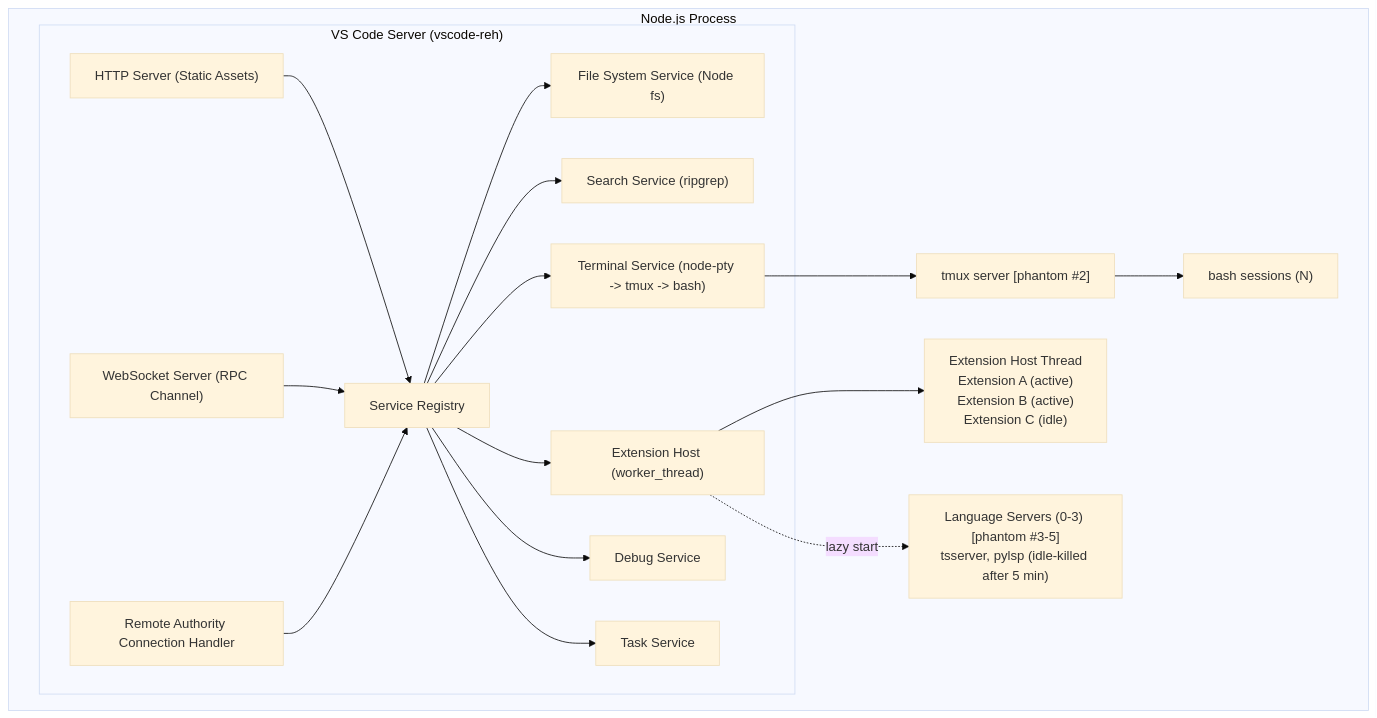
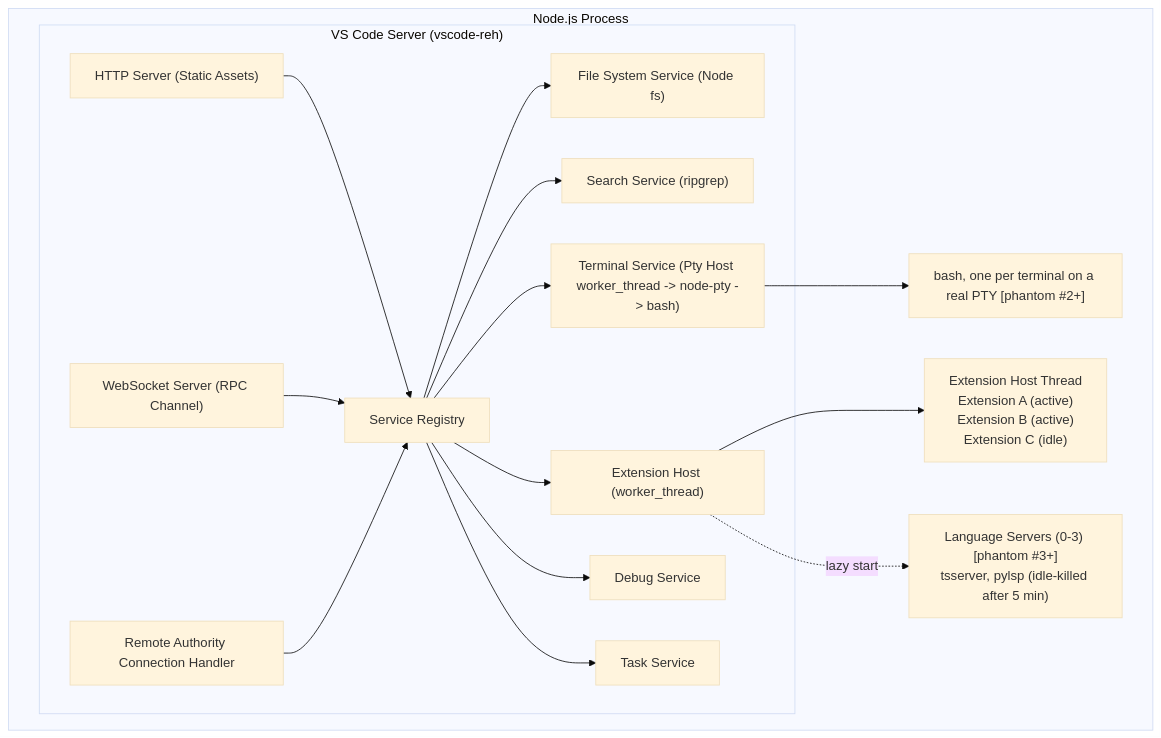
Before and after one commit to cuixinyuan666/vscodroid: the fourth of 12 diagrams in docs/03-ARCHITECTURE.md, drawn with Mermaid (base theme). The commit also changed other lines of this file and 11 other files, not shown here.

````diff
--- a/docs/03-ARCHITECTURE.md
+++ b/docs/03-ARCHITECTURE.md
@@ -114,31 +120,30 @@
 ```mermaid
 flowchart TD
   subgraph NODEPROC["Node.js Process"]
     subgraph VSS["VS Code Server (vscode-reh)"]
       HTTP["HTTP Server (Static Assets)"]
       WS["WebSocket Server (RPC Channel)"]
       RA["Remote Authority Connection Handler"]
       REG["Service Registry"]
       FS["File System Service (Node fs)"]
       SEARCH["Search Service (ripgrep)"]
-      TERM["Terminal Service (node-pty -> tmux -> bash)"]
+      TERM["Terminal Service (Pty Host worker_thread -> node-pty -> bash)"]
       EXTHOST["Extension Host (worker_thread)"]
       DEBUG["Debug Service"]
       TASK["Task Service"]
       HTTP --> REG
       WS --> REG
       RA --> REG
       REG --> FS
       REG --> SEARCH
       REG --> TERM
       REG --> EXTHOST
       REG --> DEBUG
       REG --> TASK
     end
 
     EXTHOST --> THREAD["Extension Host Thread<br/>Extension A (active)<br/>Extension B (active)<br/>Extension C (idle)"]
-    TERM --> TMUX["tmux server [phantom #2]"]
-    TMUX --> BASH["bash sessions (N)"]
-    EXTHOST -. lazy start .-> LS["Language Servers (0-3) [phantom #3-5]<br/>tsserver, pylsp (idle-killed after 5 min)"]
+    TERM --> BASH["bash, one per terminal on a real PTY [phantom #2+]"]
+    EXTHOST -. lazy start .-> LS["Language Servers (0-3) [phantom #3+]<br/>tsserver, pylsp (idle-killed after 5 min)"]
   end
 ```
````
